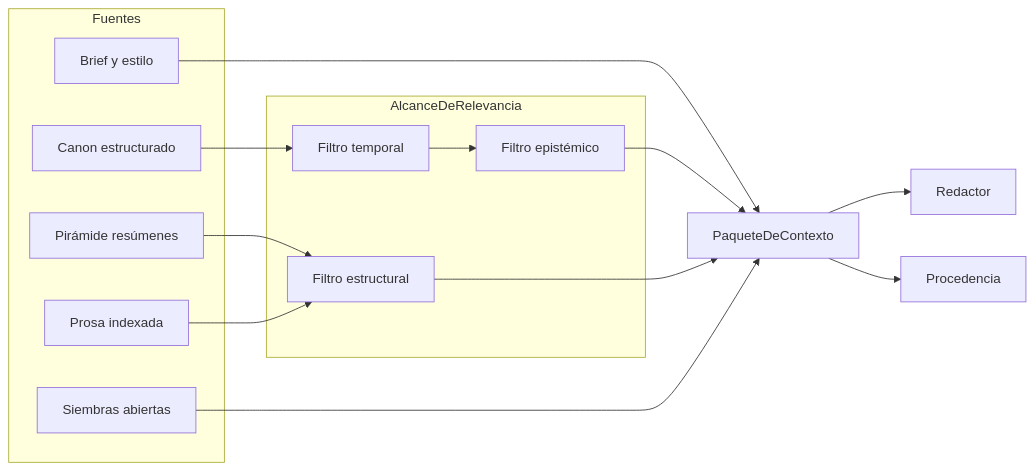
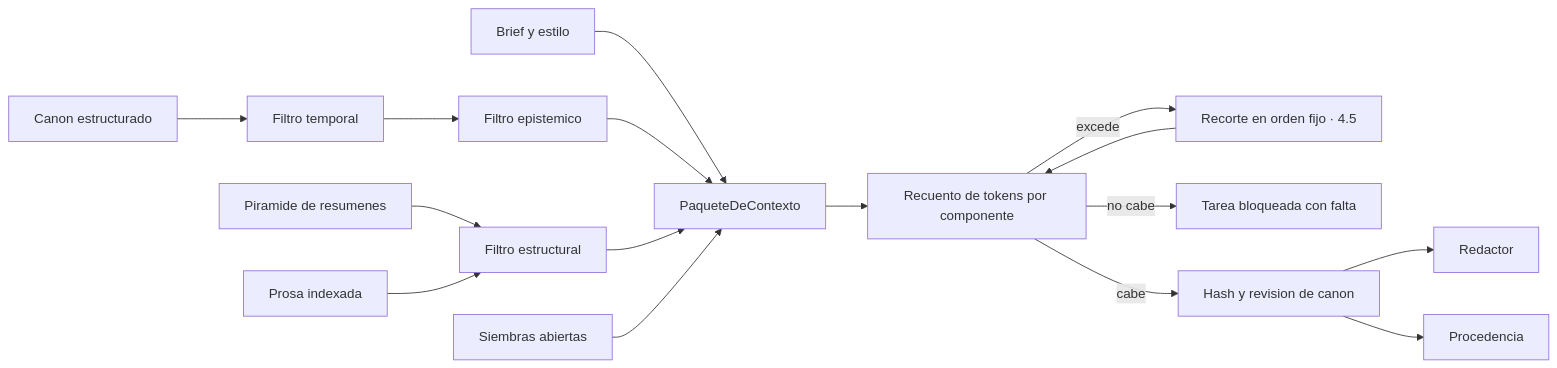
One commit to NabeelKazi12/MyStoryMaker changed the second of 5 diagrams in docs/architecture.md. Above: the diagram before and after it, drawn with Mermaid. The commit also changed other lines of this file and 6 other files, not shown here.

````diff
--- a/docs/architecture.md
+++ b/docs/architecture.md
@@ -189,24 +345,18 @@
 ```mermaid
-flowchart LR
-    subgraph FUENTES[Fuentes]
-        BR[Brief y estilo]
-        CN[Canon estructurado]
-        PR[Prosa indexada]
-        PY[Pirámide resúmenes]
-        PS[Siembras abiertas]
-    end
-    subgraph FILTROS[AlcanceDeRelevancia]
-        FT[Filtro temporal]
-        FE[Filtro epistémico]
-        FS[Filtro estructural]
-    end
-    PQ[PaqueteDeContexto]
-    BR --> PQ
-    CN --> FT --> FE --> PQ
-    PY --> FS
-    PR --> FS
-    FS --> PQ
-    PS --> PQ
-    PQ --> AG[Redactor]
-    PQ --> PV[Procedencia]
+graph LR
+  BR["Brief y estilo"] --> PQ
+  CN["Canon estructurado"] --> FT["Filtro temporal"]
+  FT --> FE["Filtro epistemico"]
+  FE --> PQ["PaqueteDeContexto"]
+  PY["Piramide de resumenes"] --> FS["Filtro estructural"]
+  PR["Prosa indexada"] --> FS
+  FS --> PQ
+  PS["Siembras abiertas"] --> PQ
+  PQ --> CU["Recuento de tokens por componente"]
+  CU -->|excede| RC["Recorte en orden fijo · 4.5"]
+  RC --> CU
+  CU -->|no cabe| BL["Tarea bloqueada con falta"]
+  CU -->|cabe| HS["Hash y revision de canon"]
+  HS --> AG["Redactor"]
+  HS --> PV["Procedencia"]
 ```
````
